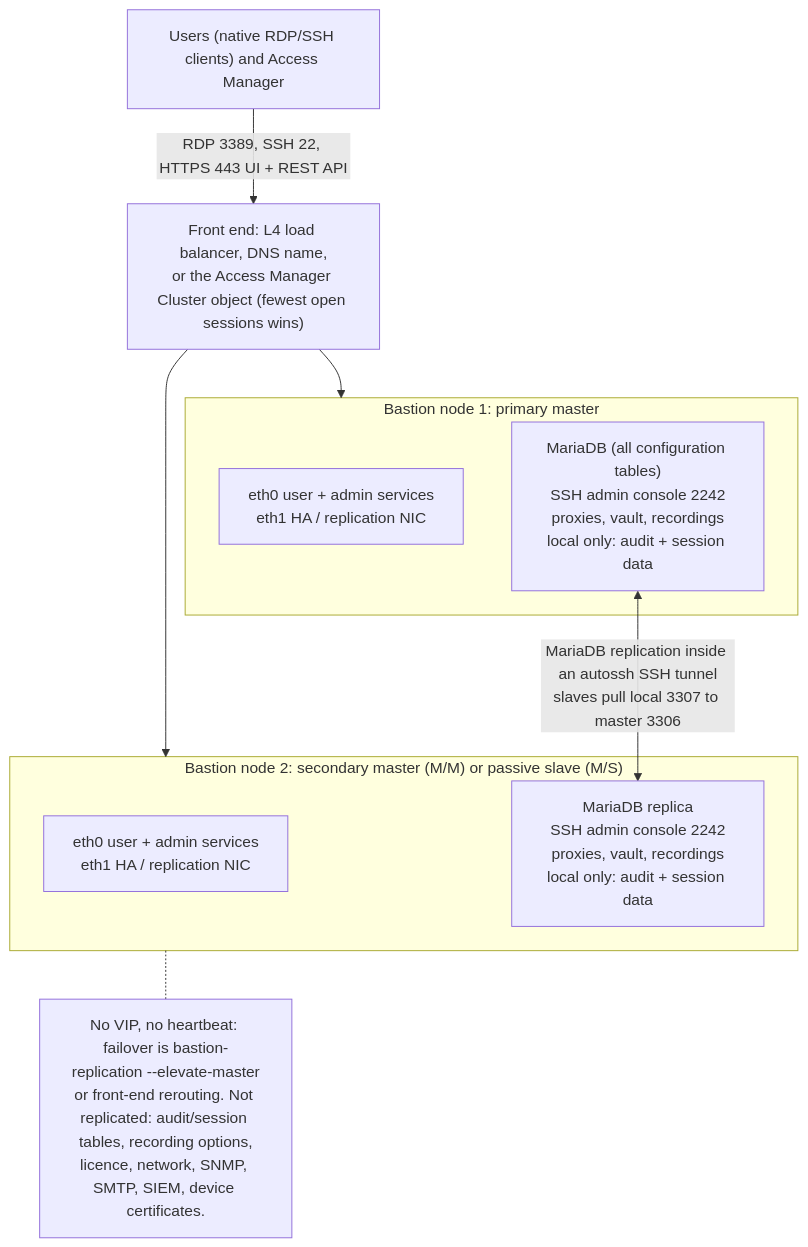
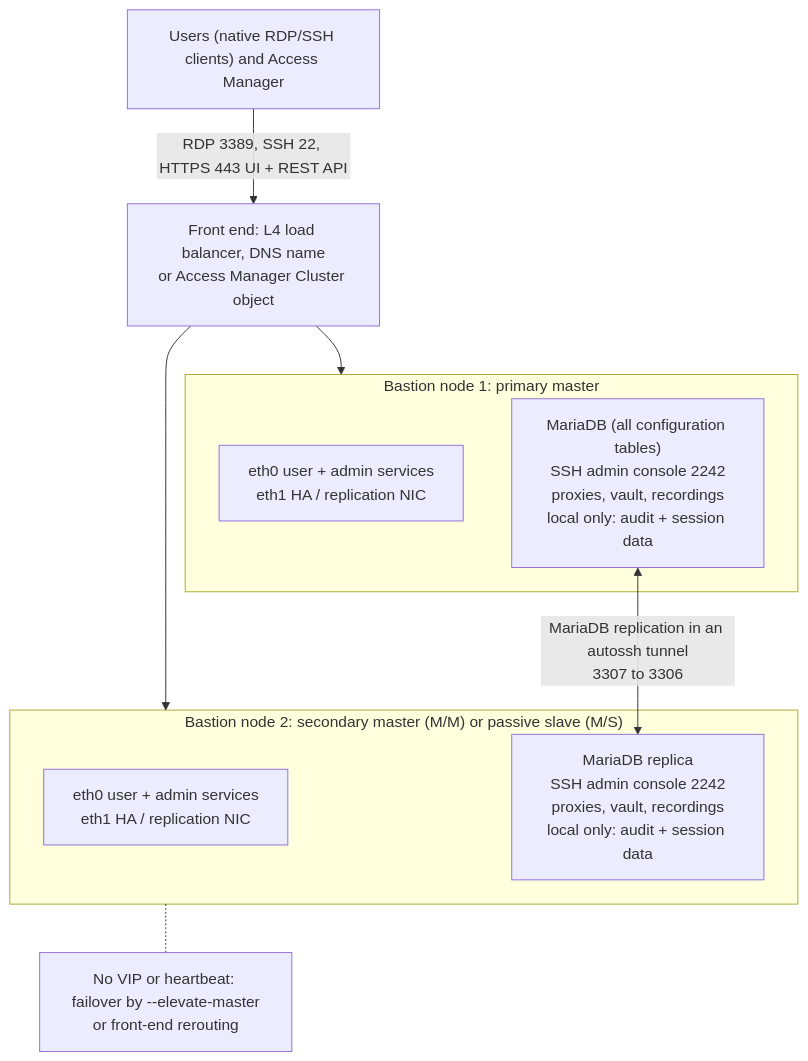
Before and after one commit to morandeirachema/Trustelem-: the diagram in tools/diagrams/03-bastion-cluster.mmd, drawn with Mermaid. The commit also changed 8 other files, not shown here.

Commit message:
Shorten Mermaid labels to stop boxes overlapping text

```diff
--- a/tools/diagrams/03-bastion-cluster.mmd
+++ b/tools/diagrams/03-bastion-cluster.mmd
@@ -1,17 +1,17 @@
 flowchart TB
     USERS["Users (native RDP/SSH clients) and Access Manager"]
-    FE["Front end: L4 load balancer, DNS name,<br/>or the Access Manager Cluster object (fewest open sessions wins)"]
+    FE["Front end: L4 load balancer, DNS name<br/>or Access Manager Cluster object"]
     subgraph B1["Bastion node 1: primary master"]
         B1A["eth0 user + admin services<br/>eth1 HA / replication NIC"]
         B1B["MariaDB (all configuration tables)<br/>SSH admin console 2242<br/>proxies, vault, recordings<br/>local only: audit + session data"]
     end
     subgraph B2["Bastion node 2: secondary master (M/M) or passive slave (M/S)"]
         B2A["eth0 user + admin services<br/>eth1 HA / replication NIC"]
         B2B["MariaDB replica<br/>SSH admin console 2242<br/>proxies, vault, recordings<br/>local only: audit + session data"]
     end
     USERS -->|RDP 3389, SSH 22, HTTPS 443 UI + REST API| FE
     FE --> B1
     FE --> B2
-    B1B <-->|MariaDB replication inside an autossh SSH tunnel<br/>slaves pull local 3307 to master 3306| B2B
-    NOTE["No VIP, no heartbeat: failover is bastion-replication --elevate-master<br/>or front-end rerouting. Not replicated: audit/session tables, recording options,<br/>licence, network, SNMP, SMTP, SIEM, device certificates."]
+    B1B <-->|MariaDB replication in an autossh tunnel<br/>3307 to 3306| B2B
+    NOTE["No VIP or heartbeat: failover by --elevate-master<br/>or front-end rerouting"]
     B2 -.- NOTE
```
